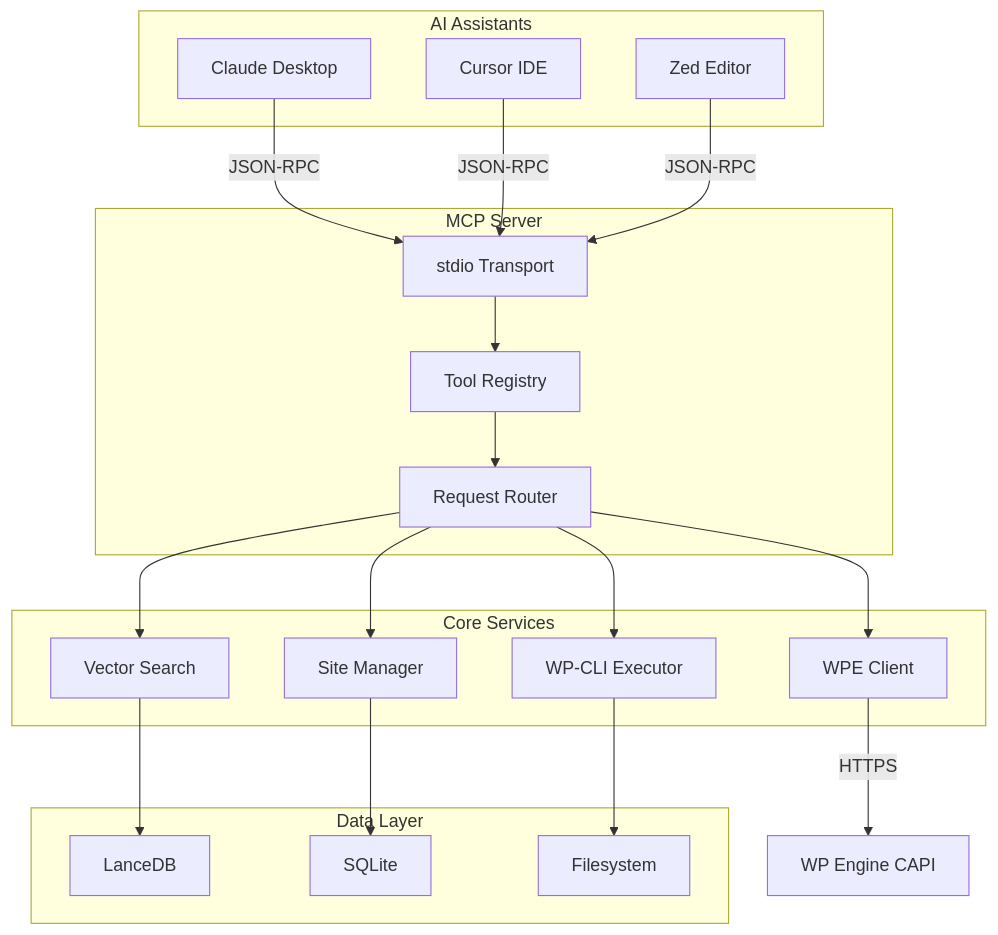
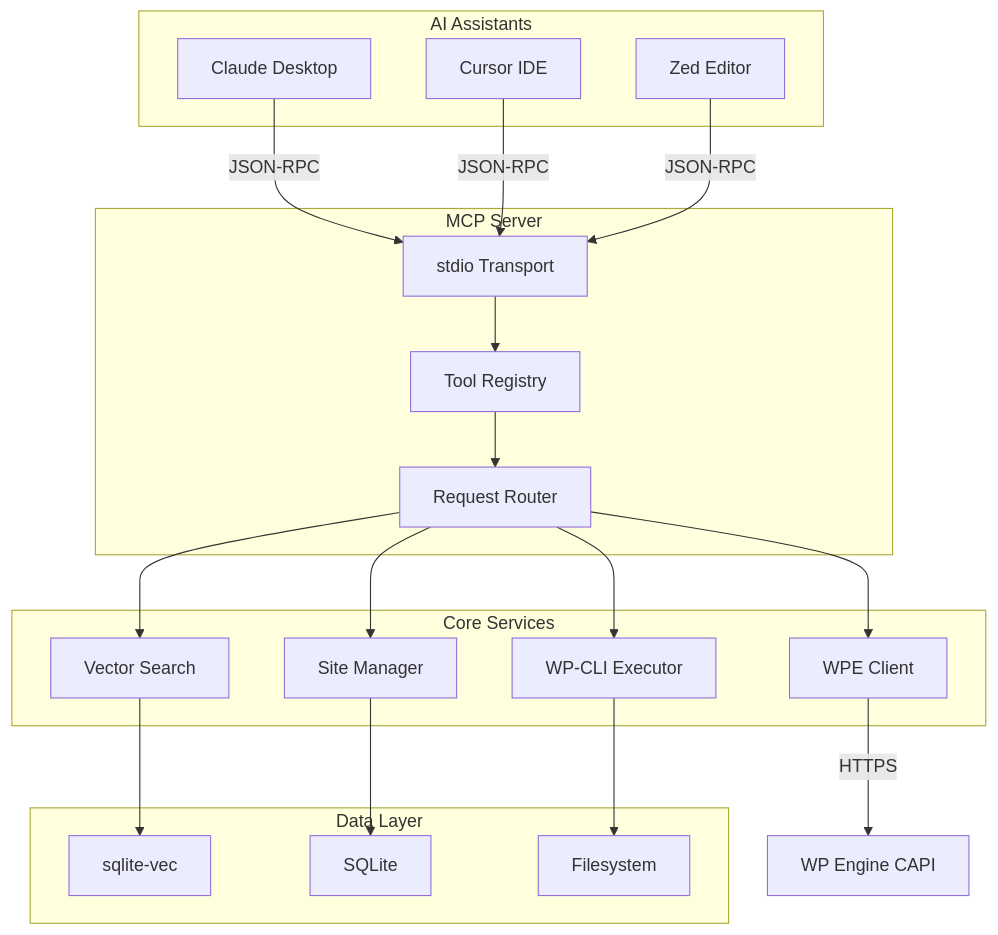
Before and after one commit to jpollock/local-addon-nexus-ai: the first of 7 diagrams in docs-site/docs/architecture/cli-architecture.md, drawn with Mermaid. The commit also changed other lines of this file and 37 other files, not shown here.

First line of the commit message:
docs(site): the truth sweep — sqlite-vec everywhere, real counts, real tabs, ui-quick-start rewritten

````diff
--- a/docs-site/docs/architecture/cli-architecture.md
+++ b/docs-site/docs/architecture/cli-architecture.md
@@ -13,41 +13,41 @@
 ```mermaid
 graph TB
     subgraph "AI Assistants"
         A1[Claude Desktop]
         A2[Cursor IDE]
         A3[Zed Editor]
     end
 
     subgraph "MCP Server"
         B[stdio Transport]
         C[Tool Registry]
         D[Request Router]
     end
 
     subgraph "Core Services"
         E[Site Manager]
         F[WP-CLI Executor]
         G[Vector Search]
         H[WPE Client]
     end
 
     subgraph "Data Layer"
-        I[LanceDB]
+        I[sqlite-vec]
         J[SQLite]
         K[Filesystem]
     end
 
     A1 -->|JSON-RPC| B
     A2 -->|JSON-RPC| B
     A3 -->|JSON-RPC| B
     B --> C
     C --> D
     D --> E
     D --> F
     D --> G
     D --> H
     E --> J
     F --> K
     G --> I
     H -->|HTTPS| L[WP Engine CAPI]
 ```
````
